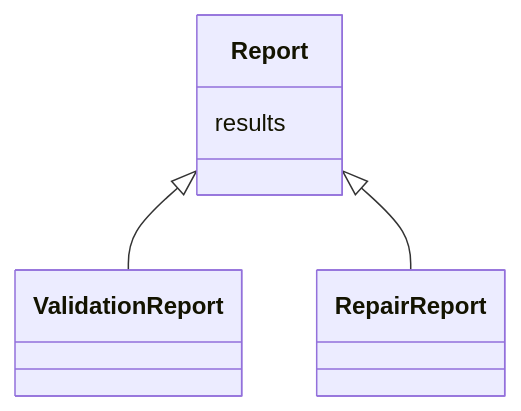
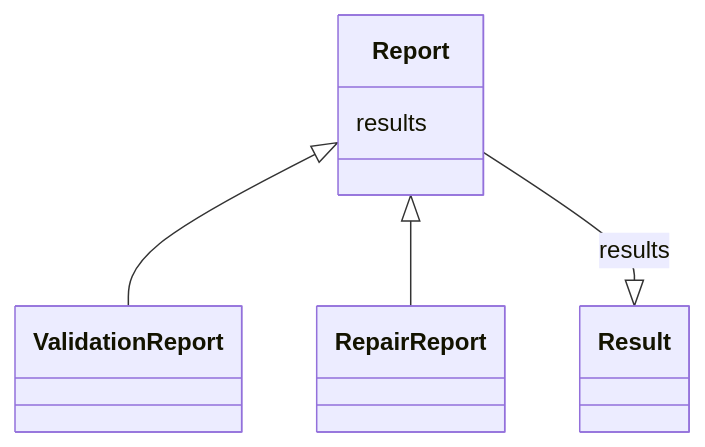
The diagram in validation/Report.md (cthoyt/ontology-access-kit), drawn with Mermaid before and after one commit. The commit also changed other lines of this file and 3287 other files, not shown here.

````diff
--- a/validation/Report.md
+++ b/validation/Report.md
@@ -13,9 +16,12 @@
 ```{mermaid}
  classDiagram
     class Report
       Report <|-- ValidationReport
       Report <|-- RepairReport
       
       Report : results
+        
+          Report --|> Result : results
+        
       
 ```
````
